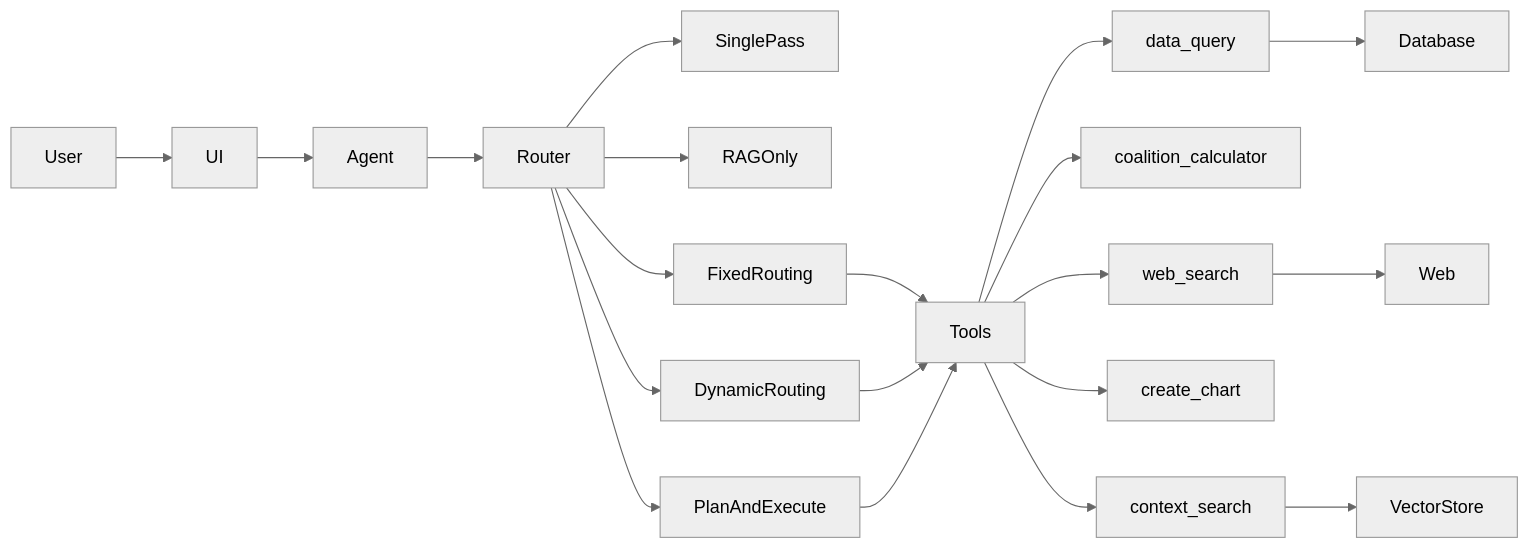
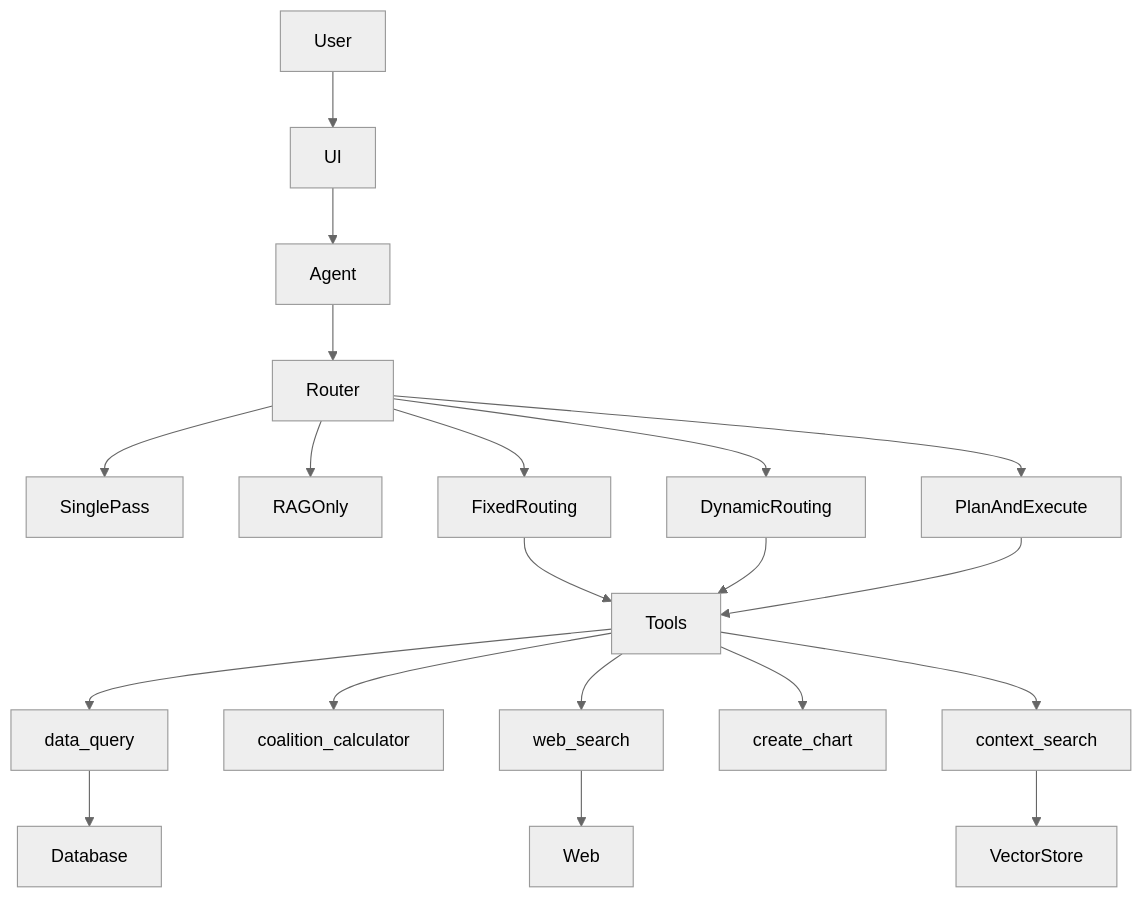
One commit to YardenMorad2003/election-agent changed the diagram in README.md. Above: the diagram before and after it, drawn with Mermaid (neutral theme).

Commit message:
Mermaid: switch to flowchart TB so GitHub auto-fits the diagram
The LR layout with 5 parallel router branches plus 5 tool fan-outs
exceeded GitHub's default Mermaid container width, leaving the diagram
collapsed until users clicked the fit-to-screen control. TB renders
within the natural viewport.

````diff
--- a/README.md
+++ b/README.md
@@ -164,22 +164,22 @@
 ```mermaid
-graph LR
+flowchart TB
     User --> UI
     UI --> Agent
     Agent --> Router
     Router --> SinglePass
     Router --> RAGOnly
     Router --> FixedRouting
     Router --> DynamicRouting
     Router --> PlanAndExecute
     FixedRouting --> Tools
     DynamicRouting --> Tools
     PlanAndExecute --> Tools
     Tools --> data_query
     Tools --> coalition_calculator
     Tools --> web_search
     Tools --> create_chart
     Tools --> context_search
     data_query --> Database
     context_search --> VectorStore
     web_search --> Web
 ```
````
